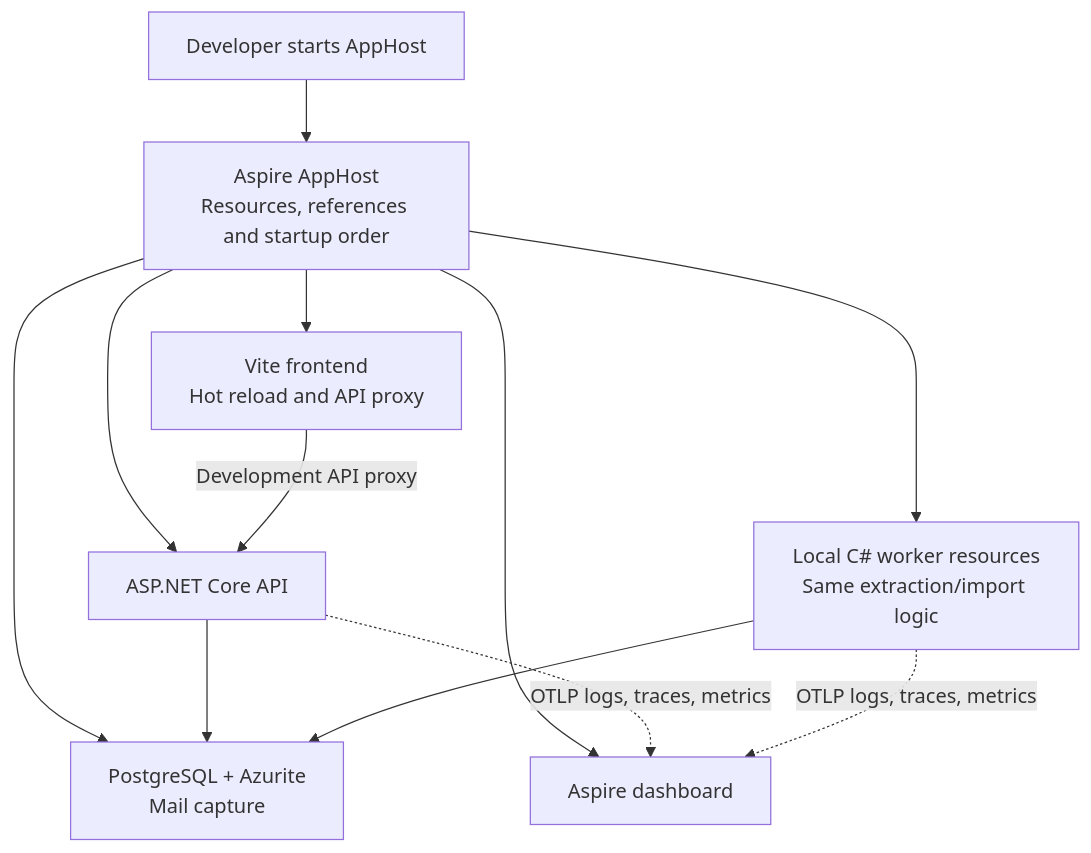
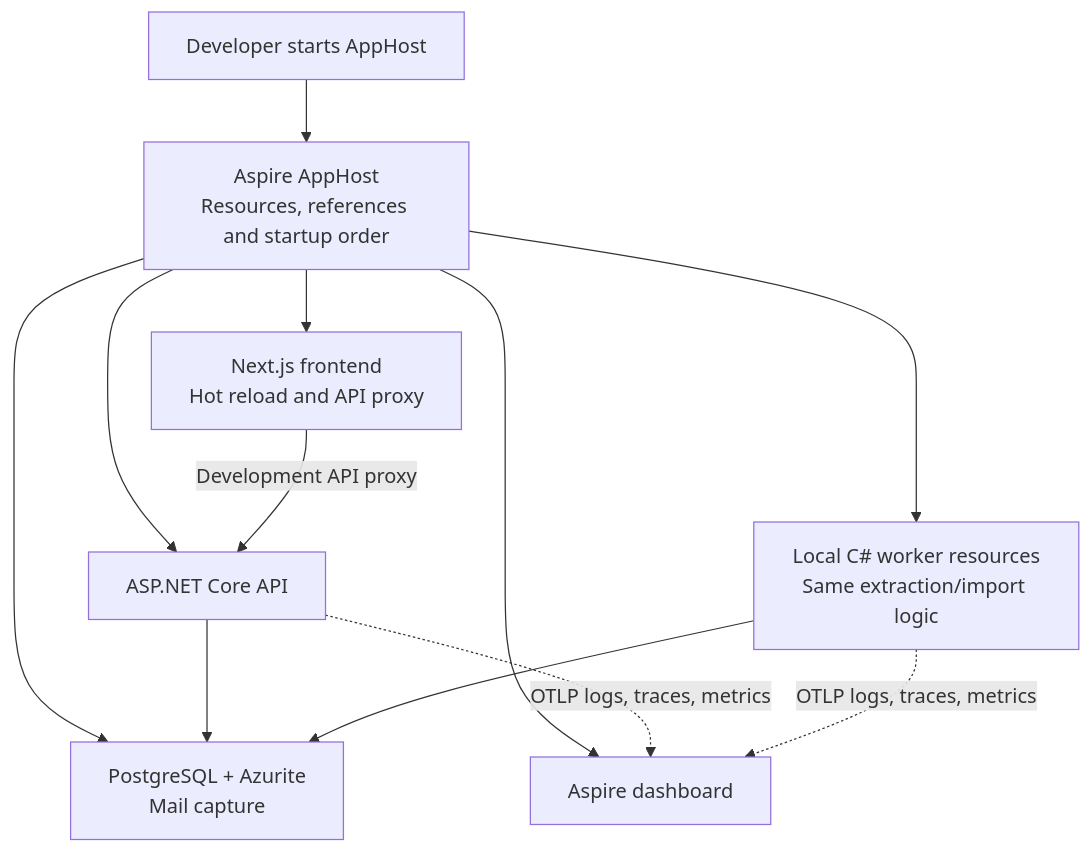
One commit to JakobFerdinand/liedertafel changed the fifth of 5 diagrams in docs/plans/006-choir-archive/architecture.md. Above: the diagram before and after it, drawn with Mermaid. The commit also changed other lines of this file and 6 other files, not shown here.

````diff
--- a/docs/plans/006-choir-archive/architecture.md
+++ b/docs/plans/006-choir-archive/architecture.md
@@ -463,14 +470,14 @@
 ```mermaid
 flowchart TB
     Developer["Developer starts AppHost"] --> Host["Aspire AppHost<br/>Resources, references and startup order"]
-    Host --> Frontend["Vite frontend<br/>Hot reload and API proxy"]
+    Host --> Frontend["Next.js frontend<br/>Hot reload and API proxy"]
     Host --> API["ASP.NET Core API"]
     Host --> Workers["Local C# worker resources<br/>Same extraction/import logic"]
     Host --> Dependencies["PostgreSQL + Azurite<br/>Mail capture"]
     Host --> Dashboard["Aspire dashboard"]
     Frontend -->|"Development API proxy"| API
     API --> Dependencies
     Workers --> Dependencies
     API -.->|"OTLP logs, traces, metrics"| Dashboard
     Workers -.->|"OTLP logs, traces, metrics"| Dashboard
 ```
````
